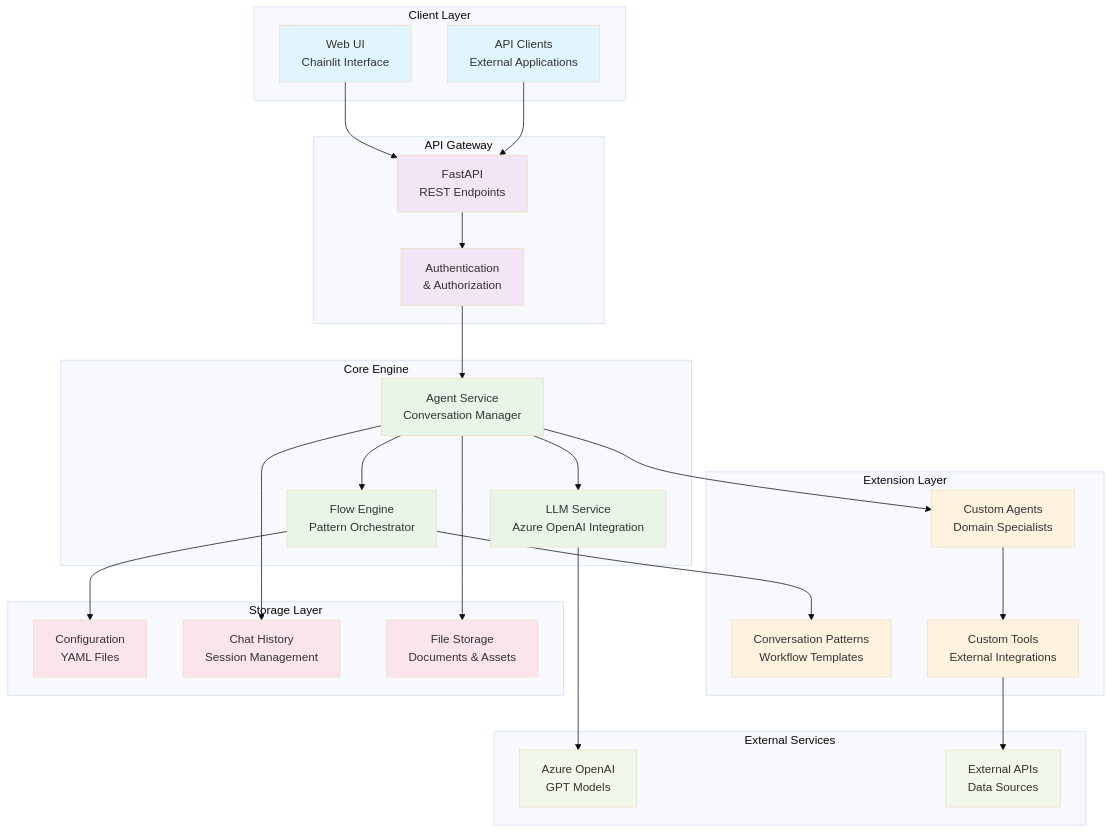
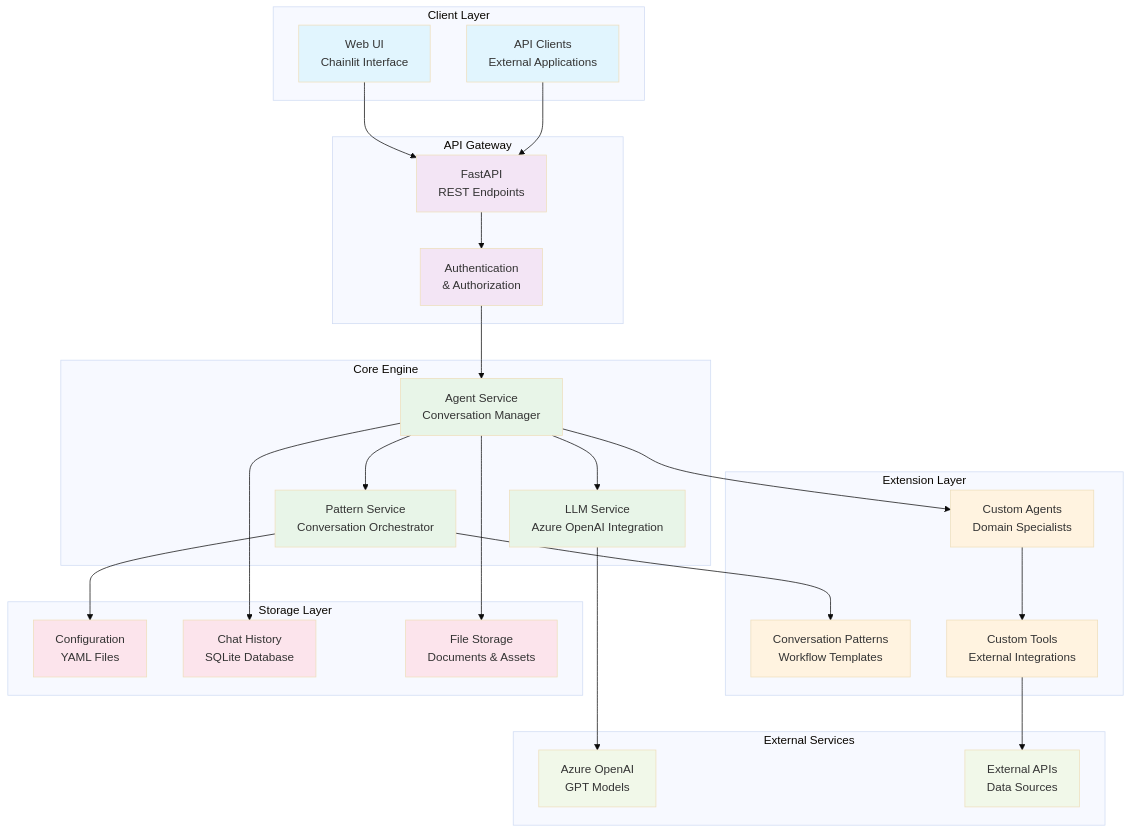
Before and after one commit to the-ingenious-dark-knight/Insight_Ingenious: the first of 13 diagrams in docs/architecture/README.md, drawn with Mermaid (base theme). The commit also changed other lines of this file and 3 other files, not shown here.

````diff
--- a/docs/architecture/README.md
+++ b/docs/architecture/README.md
@@ -20,64 +20,64 @@
 ```mermaid
 graph TB
     subgraph "Client Layer"
         UI[Web UI<br/>Chainlit Interface]
         API_CLIENT[API Clients<br/>External Applications]
     end
 
     subgraph "API Gateway"
         API[FastAPI<br/>REST Endpoints]
         AUTH[Authentication<br/>& Authorization]
     end
 
     subgraph "Core Engine"
         AGENT_SERVICE[Agent Service<br/>Conversation Manager]
-        FLOW_ENGINE[Flow Engine<br/>Pattern Orchestrator]
+        PATTERN_SERVICE[Pattern Service<br/>Conversation Orchestrator]
         LLM_SERVICE[LLM Service<br/>Azure OpenAI Integration]
     end
 
     subgraph "Extension Layer"
         CUSTOM_AGENTS[Custom Agents<br/>Domain Specialists]
         PATTERNS[Conversation Patterns<br/>Workflow Templates]
         TOOLS[Custom Tools<br/>External Integrations]
     end
 
     subgraph "Storage Layer"
         CONFIG[Configuration<br/>YAML Files]
-        HISTORY[Chat History<br/>Session Management]
+        HISTORY[Chat History<br/>SQLite Database]
         FILES[File Storage<br/>Documents & Assets]
     end
 
     subgraph "External Services"
         AZURE[Azure OpenAI<br/>GPT Models]
         EXTERNAL_API[External APIs<br/>Data Sources]
     end
 
     UI --> API
     API_CLIENT --> API
     API --> AUTH
     AUTH --> AGENT_SERVICE
-    AGENT_SERVICE --> FLOW_ENGINE
+    AGENT_SERVICE --> PATTERN_SERVICE
     AGENT_SERVICE --> LLM_SERVICE
-    FLOW_ENGINE --> PATTERNS
+    PATTERN_SERVICE --> PATTERNS
     AGENT_SERVICE --> CUSTOM_AGENTS
     CUSTOM_AGENTS --> TOOLS
     LLM_SERVICE --> AZURE
     TOOLS --> EXTERNAL_API
     AGENT_SERVICE --> HISTORY
-    FLOW_ENGINE --> CONFIG
+    PATTERN_SERVICE --> CONFIG
     AGENT_SERVICE --> FILES
 
     classDef clientLayer fill:#e1f5fe
     classDef apiLayer fill:#f3e5f5
     classDef coreLayer fill:#e8f5e8
     classDef extensionLayer fill:#fff3e0
     classDef storageLayer fill:#fce4ec
     classDef externalLayer fill:#f1f8e9
 
     class UI,API_CLIENT clientLayer
     class API,AUTH apiLayer
-    class AGENT_SERVICE,FLOW_ENGINE,LLM_SERVICE coreLayer
+    class AGENT_SERVICE,PATTERN_SERVICE,LLM_SERVICE coreLayer
     class CUSTOM_AGENTS,PATTERNS,TOOLS extensionLayer
     class CONFIG,HISTORY,FILES storageLayer
     class AZURE,EXTERNAL_API externalLayer
 ```
````
